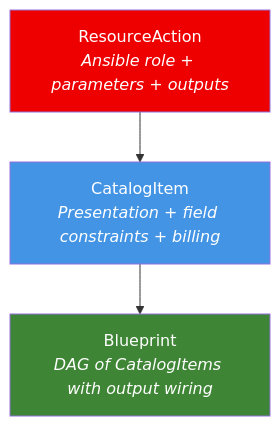
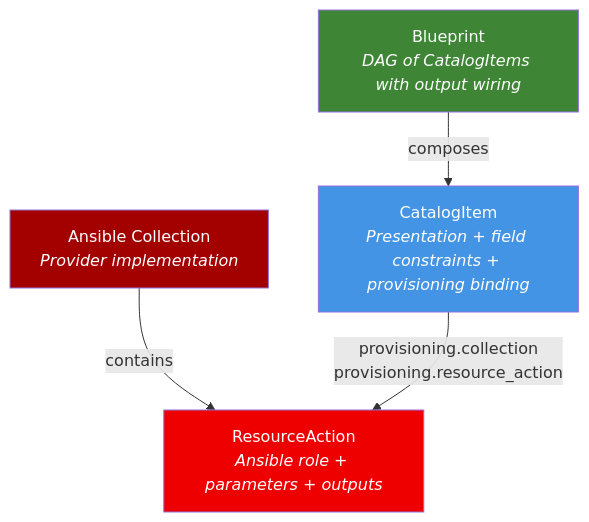
The sixth of 6 diagrams in enhancements/osac-addon/README.md (fabiendupont/osac-enhancement-proposals), drawn with Mermaid before and after one commit. The commit also changed other lines of this file, not shown here.

First line of the commit message:
refactor: align Add-On EP with upstream CatalogItem architecture

````diff
--- a/enhancements/osac-addon/README.md
+++ b/enhancements/osac-addon/README.md
@@ -1231,13 +1300,16 @@
 ```mermaid
 graph TB
+    COL["Ansible Collection<br/><i>Provider implementation</i>"]
     RA["ResourceAction<br/><i>Ansible role + parameters + outputs</i>"]
-    CI["CatalogItem<br/><i>Presentation + field constraints + billing</i>"]
+    CI["CatalogItem<br/><i>Presentation + field constraints + provisioning binding</i>"]
     BP["Blueprint<br/><i>DAG of CatalogItems with output wiring</i>"]
 
-    RA --> CI
-    CI --> BP
+    COL -->|contains| RA
+    CI -->|"provisioning.collection<br/>provisioning.resource_action"| RA
+    BP -->|composes| CI
 
+    style COL fill:#A30000,color:#fff
     style RA fill:#EE0000,color:#fff
     style CI fill:#4394E5,color:#fff
     style BP fill:#3E8635,color:#fff
 ```
````
